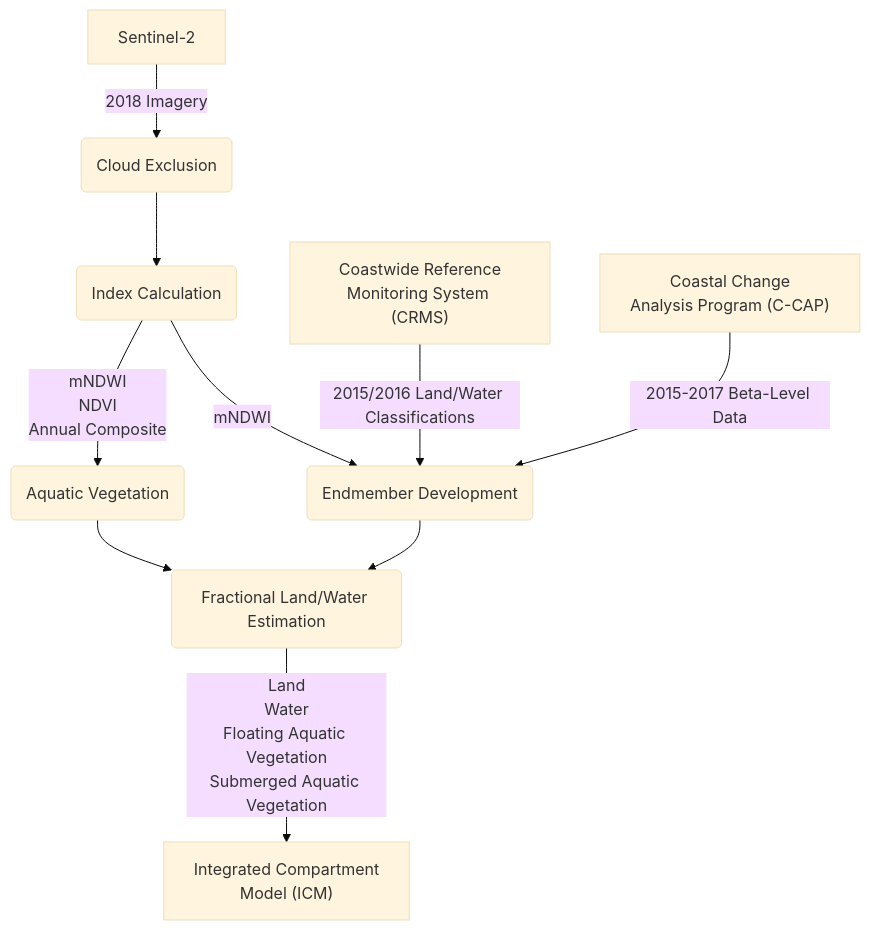
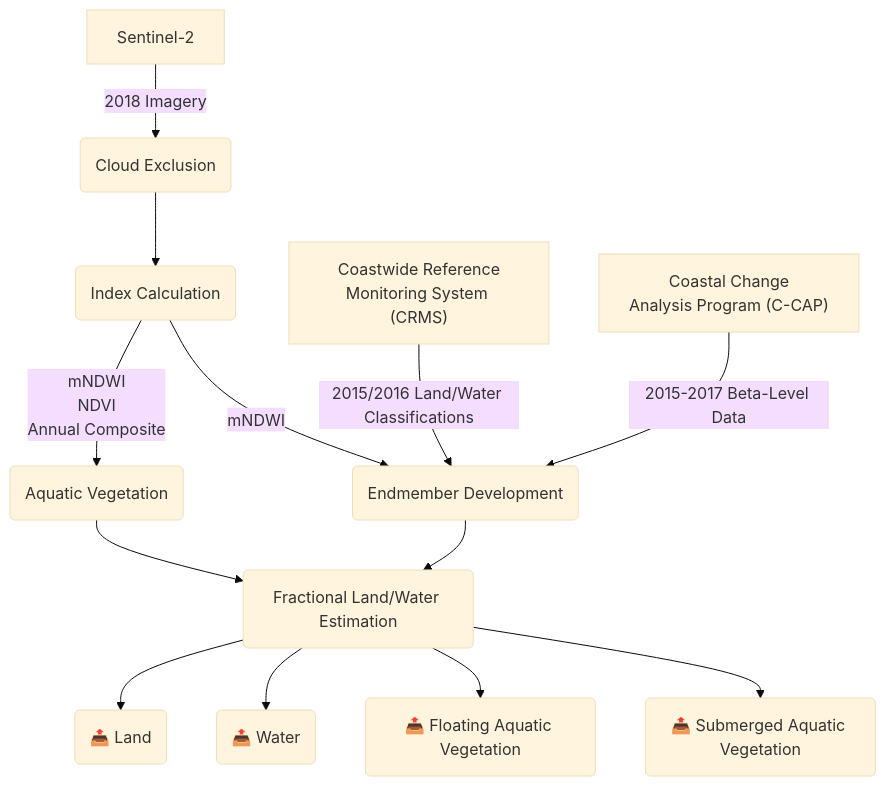
Before and after one commit to pscedu/cpra-documentation: the third of 9 diagrams in README.md, drawn with Mermaid (base theme). The commit also changed other lines of this file, not shown here.

Commit message:
feat: add more model icons

````diff
--- a/README.md
+++ b/README.md
@@ -55,12 +49,15 @@
 ```mermaid
 flowchart TD
     S2["Sentinel-2"] -->|2018 Imagery| CE(Cloud Exclusion)
     CE --> IC(Index Calculation)
     IC --> |mNDWI\nNDVI\nAnnual Composite| AV(Aquatic Vegetation)
     CRMS["Coastwide Reference\nMonitoring System (CRMS)"] -->|2015/2016 Land/Water Classifications| ED(Endmember Development)
     IC -->|mNDWI| ED
     CCAP["Coastal Change\nAnalysis Program (C-CAP)"] -->|2015-2017 Beta-Level Data| ED
     AV --> FLWE(Fractional Land/Water Estimation)
     ED --> FLWE
-    FLWE -->|Land\nWater\nFloating Aquatic Vegetation\nSubmerged Aquatic Vegetation| ICM["Integrated Compartment\nModel (ICM)"]
+    FLWE -->L(📤 Land)
+    FLWE --> W(📤 Water)
+    FLWE --> FAV(📤 Floating Aquatic Vegetation)
+    FLWE --> SAV(📤 Submerged Aquatic Vegetation)
 ```
````
